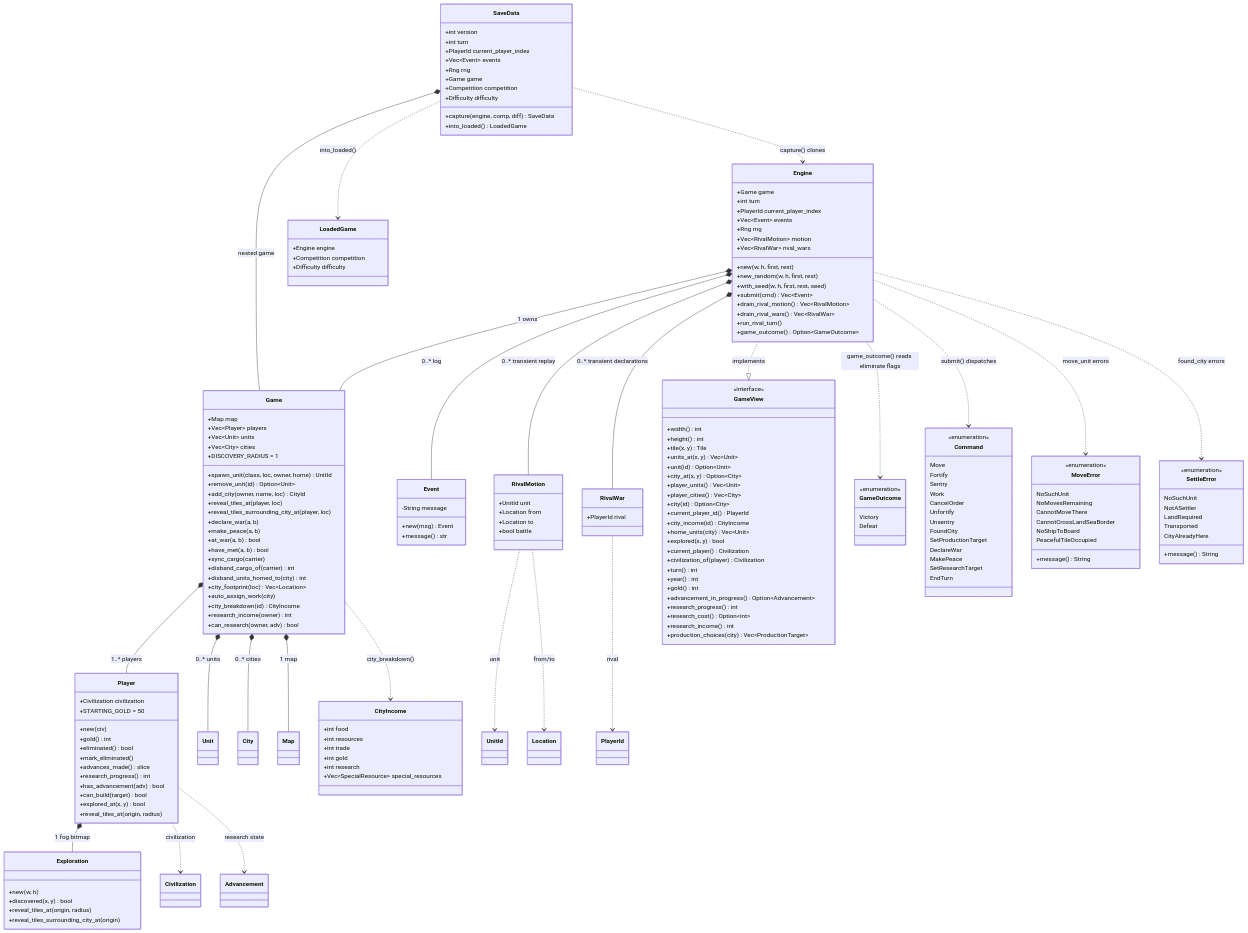
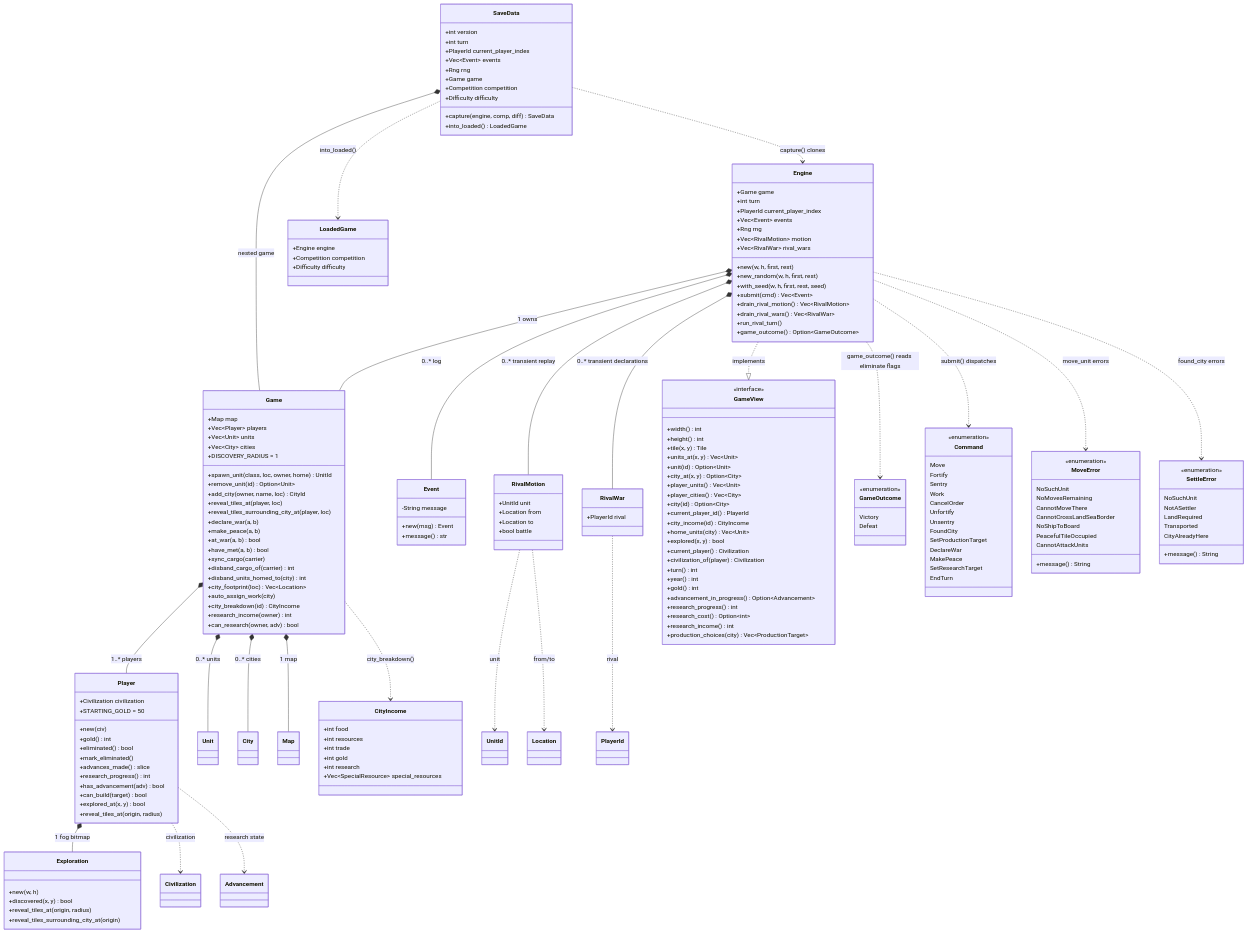
The diagram in docs/uml/03-engine-structure.md (natritmeyer/civterm), drawn with Mermaid before and after one commit. The commit also changed 12 other files, not shown here.

```diff
--- a/docs/uml/03-engine-structure.md
+++ b/docs/uml/03-engine-structure.md
@@ -148,6 +148,7 @@
         CannotCrossLandSeaBorder
         NoShipToBoard
         PeacefulTileOccupied
+        CannotAttackUnits
         +message() String
     }
     class SettleError {
```
